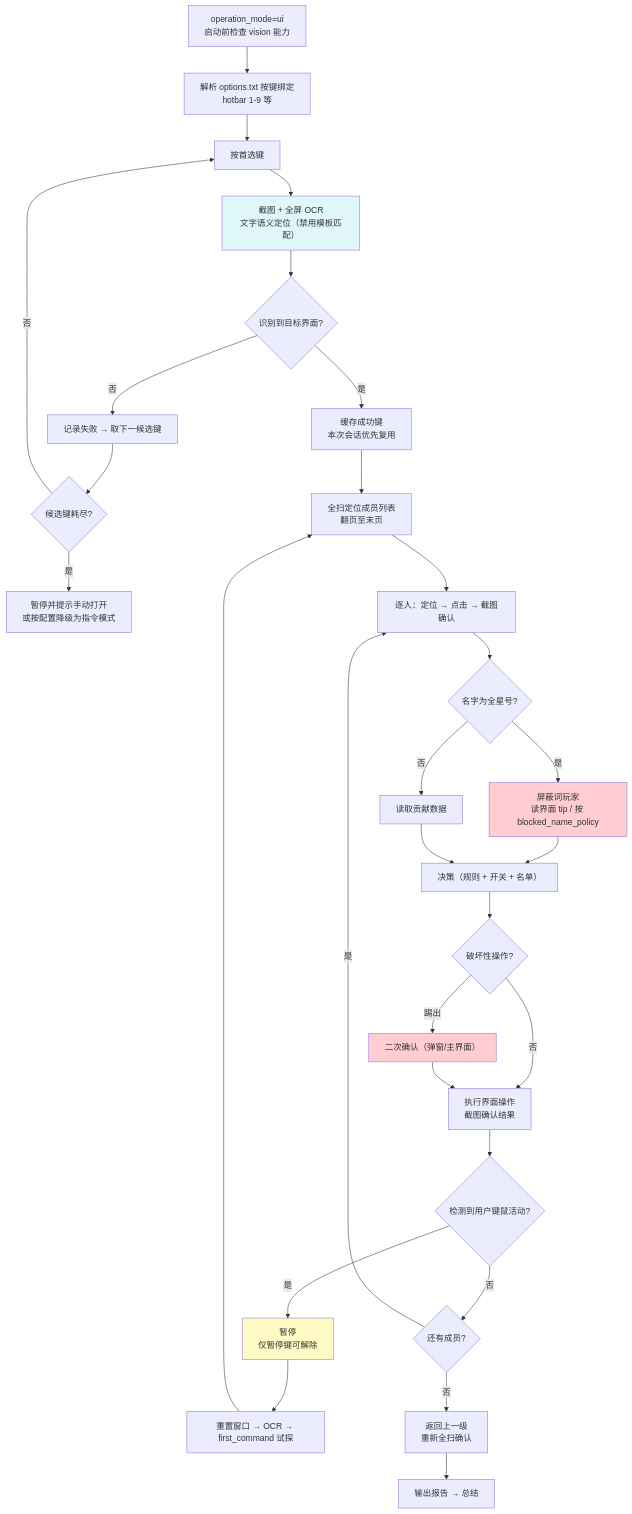
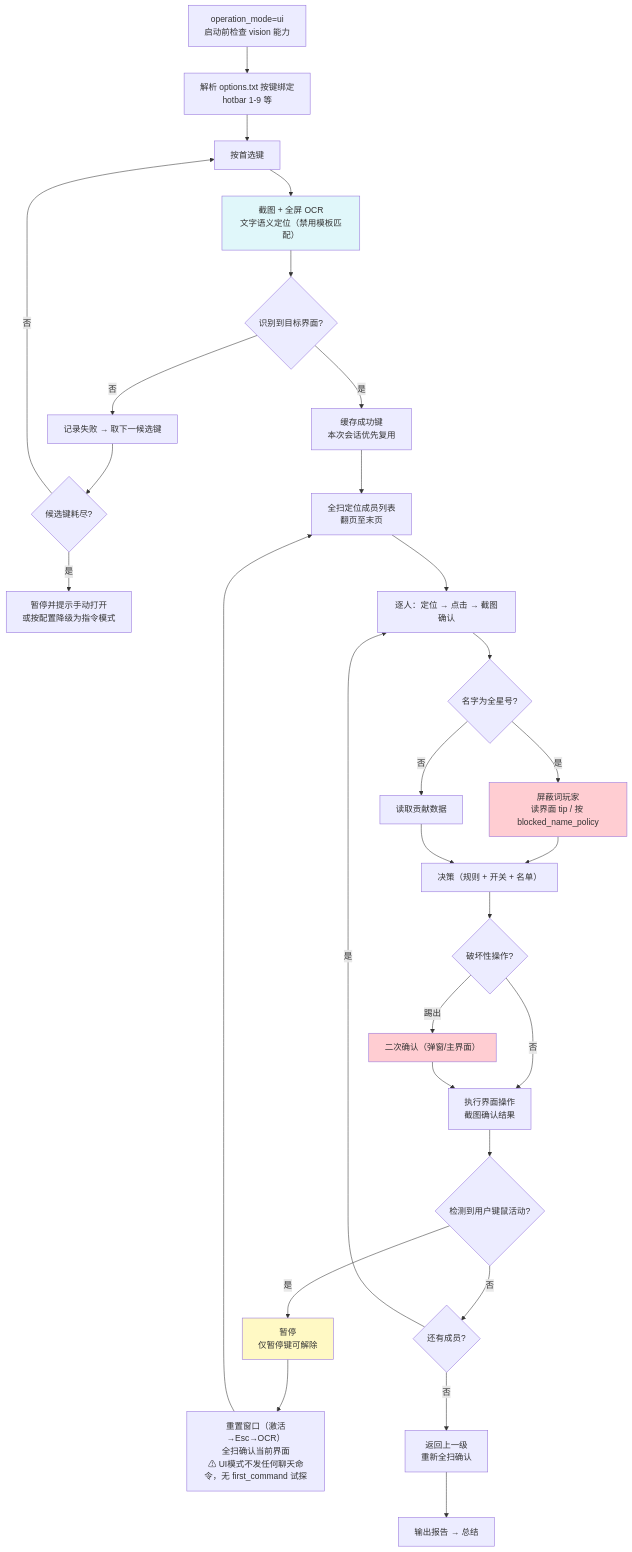
One commit to Minecraft269/bujidao-guild-auto changed the fifth of 7 diagrams in docs/流程与架构图.md. Above: the diagram before and after it, drawn with Mermaid. The commit also changed other lines of this file and 11 other files, not shown here.

````diff
--- a/docs/流程与架构图.md
+++ b/docs/流程与架构图.md
@@ -273,36 +289,36 @@
 ```mermaid
 flowchart TD
     A["operation_mode=ui<br/>启动前检查 vision 能力"] --> B["解析 options.txt 按键绑定<br/>hotbar 1-9 等"]
     B --> C["按首选键"]
     C --> D["截图 + 全屏 OCR<br/>文字语义定位（禁用模板匹配）"]
     D --> E{"识别到目标界面?"}
     E -->|否| F["记录失败 → 取下一候选键"]
     F --> G{"候选键耗尽?"}
     G -->|否| C
     G -->|是| H["暂停并提示手动打开<br/>或按配置降级为指令模式"]
     E -->|是| I["缓存成功键<br/>本次会话优先复用"]
     I --> J["全扫定位成员列表<br/>翻页至末页"]
     J --> K["逐人：定位 → 点击 → 截图确认"]
     K --> L{"名字为全星号?"}
     L -->|是| M["屏蔽词玩家<br/>读界面 tip / 按 blocked_name_policy"]
     L -->|否| N["读取贡献数据"]
     M --> O["决策（规则 + 开关 + 名单）"]
     N --> O
     O --> P{"破坏性操作?"}
     P -->|踢出| Q["二次确认（弹窗/主界面）"]
     P -->|否| R["执行界面操作<br/>截图确认结果"]
     Q --> R
     R --> S{"检测到用户键鼠活动?"}
     S -->|是| T["暂停<br/>仅暂停键可解除"]
-    T --> U["重置窗口 → OCR → first_command 试探"]
+    T --> U["重置窗口（激活→Esc→OCR）<br/>全扫确认当前界面<br/>⚠ UI模式不发任何聊天命令，无 first_command 试探"]
     U --> J
     S -->|否| V{"还有成员?"}
     V -->|是| K
     V -->|否| W["返回上一级<br/>重新全扫确认"]
     W --> X["输出报告 → 总结"]
 
     style D fill:#e0f7fa
     style M fill:#ffcdd2
     style Q fill:#ffcdd2
     style T fill:#fff9c4
 ```
````
